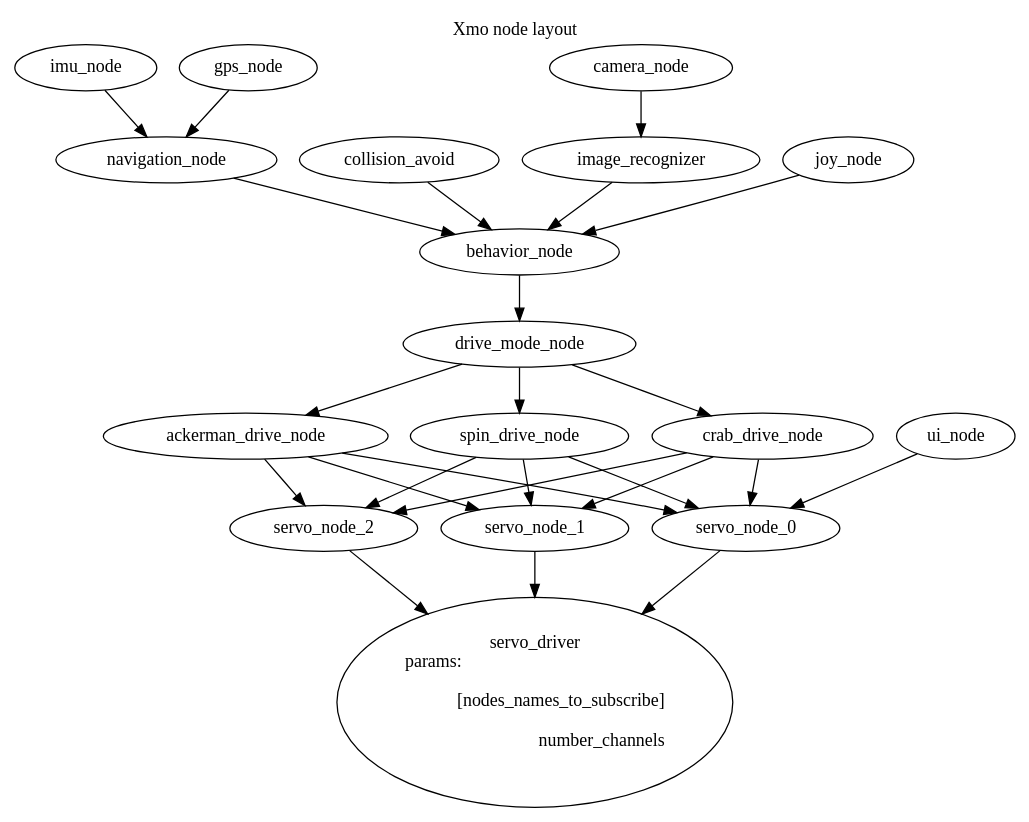
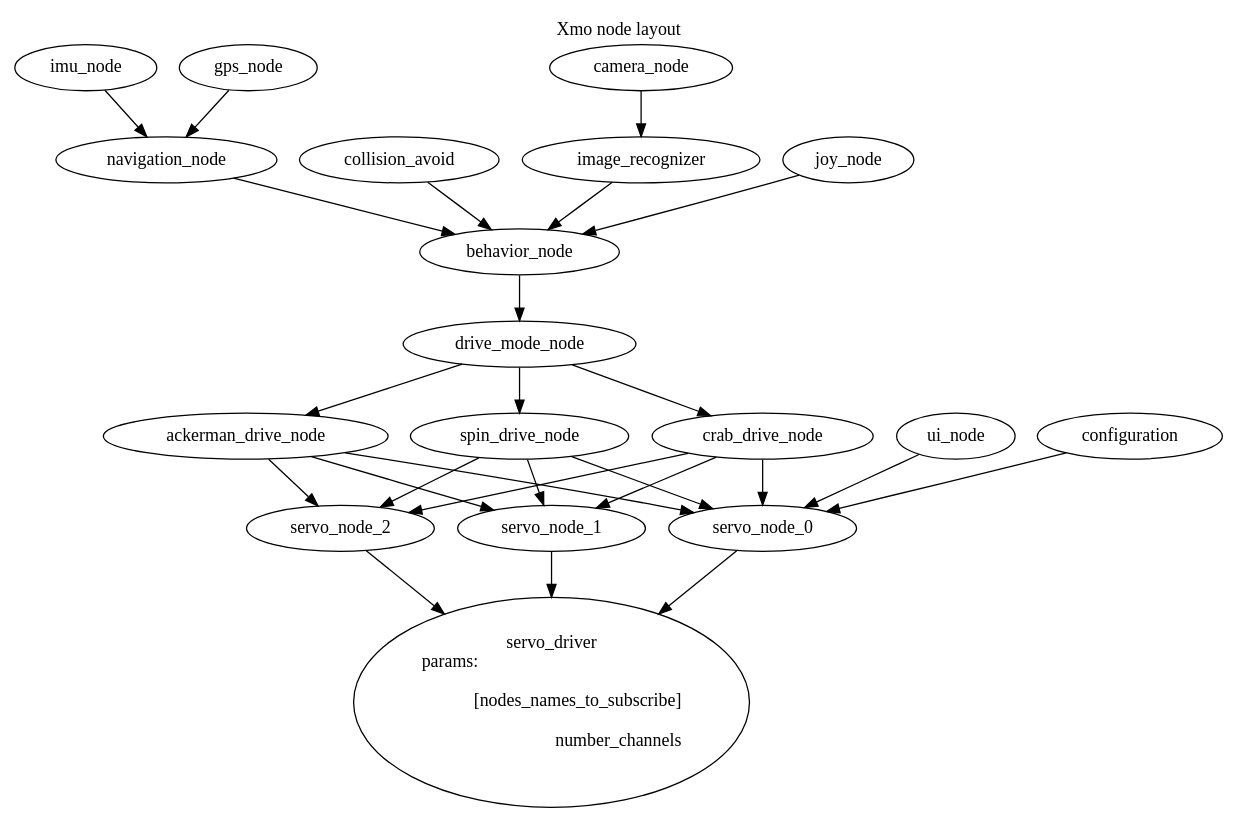
One commit to pulcher/Xmo changed the diagram in docs/node-layout.dot. Above: the diagram before and after it, drawn with Graphviz.

Commit message:
thoughts on what todo next

```diff
--- a/docs/node-layout.dot
+++ b/docs/node-layout.dot
@@ -1,41 +1,42 @@
 digraph xmo {
     labelloc="t"
     label="Xmo node layout";
 
     gps_node -> navigation_node
     imu_node -> navigation_node
     navigation_node -> behavior_node
 
     collision_avoid -> behavior_node
     
     camera_node -> image_recognizer
 
     image_recognizer -> behavior_node
 
     joy_node -> behavior_node
 
     behavior_node -> drive_mode_node
 
     drive_mode_node -> ackerman_drive_node
     drive_mode_node -> spin_drive_node
     drive_mode_node -> crab_drive_node
 
     ackerman_drive_node -> servo_node_0
     ackerman_drive_node -> servo_node_1
     ackerman_drive_node -> servo_node_2
 
     spin_drive_node -> servo_node_0
     spin_drive_node -> servo_node_1
     spin_drive_node -> servo_node_2
 
     crab_drive_node -> servo_node_0
     crab_drive_node -> servo_node_1
     crab_drive_node -> servo_node_2
 
     servo_driver[label="servo_driver\nparams:\l\n[nodes_names_to_subscribe]\r\nnumber_channels\r\n"]
     servo_node_0 -> servo_driver
     servo_node_1 -> servo_driver
     servo_node_2 -> servo_driver
 
+    configuration -> servo_node_0
     ui_node -> servo_node_0
 }
```
